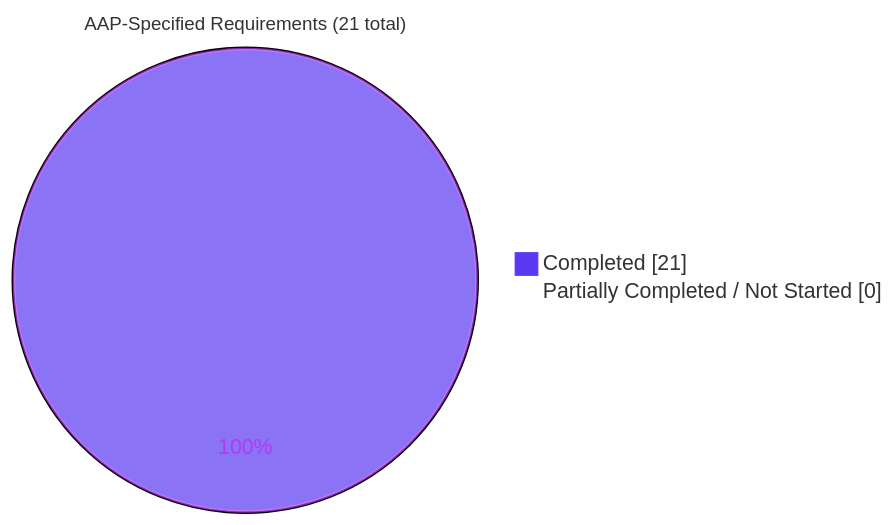
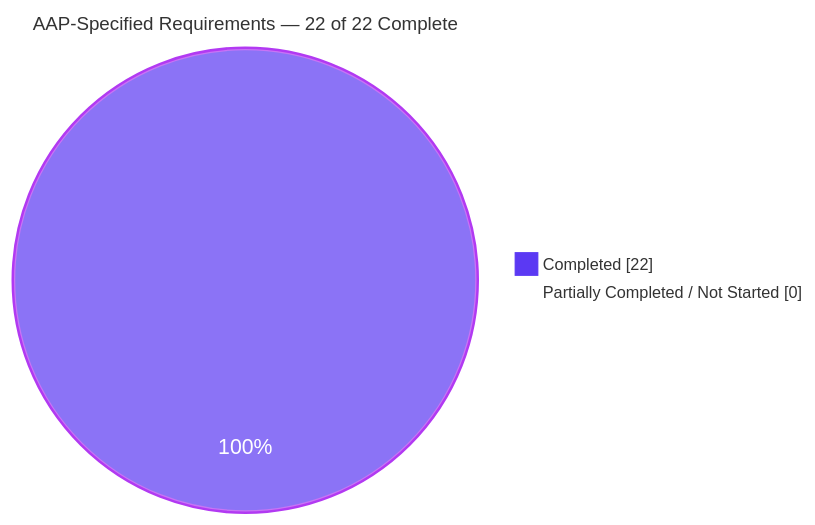
The fourth of 4 diagrams in blitzy/documentation/Project Guide.md (blitzy-public-samples/hello-world2-0r6b4x), drawn with Mermaid before and after one commit. The commit also changed other lines of this file, not shown here.

````diff
--- a/blitzy/documentation/Project Guide.md
+++ b/blitzy/documentation/Project Guide.md
@@ -311,6 +342,6 @@
 ```mermaid
-%%{init: {"theme":"base","themeVariables":{"pie1":"#5B39F3","pie2":"#FFFFFF","pieStrokeColor":"#B23AF2","pieSectionTextColor":"#B23AF2","pieTitleTextSize":"15px"}}}%%
-pie showData title AAP-Specified Requirements (21 total)
-    "Completed" : 21
+%%{init: {"theme":"base","themeVariables":{"pie1":"#5B39F3","pie2":"#FFFFFF","pieStrokeColor":"#B23AF2","pieStrokeWidth":"2px","pieOuterStrokeColor":"#B23AF2","pieOuterStrokeWidth":"2px","pieSectionTextColor":"#FFFFFF","pieTitleTextSize":"15px","pieLegendTextSize":"13px"}}}%%
+pie showData title AAP-Specified Requirements — 22 of 22 Complete
+    "Completed" : 22
     "Partially Completed / Not Started" : 0
 ```
````
